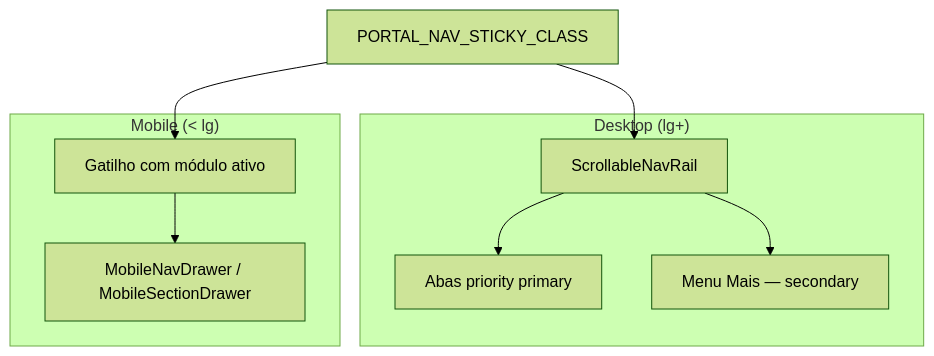
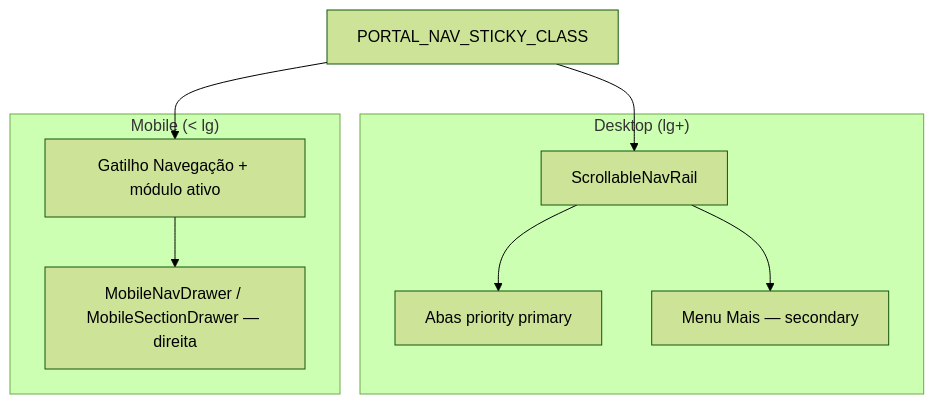
Before and after one commit to Piulres/sistema-bibi: the diagram in docs/produto/ARQUITETURA_PORTAIS.md, drawn with Mermaid (forest theme). The commit also changed other lines of this file and 8 other files, not shown here.

````diff
--- a/docs/produto/ARQUITETURA_PORTAIS.md
+++ b/docs/produto/ARQUITETURA_PORTAIS.md
@@ -63,17 +63,17 @@
 ```mermaid
 flowchart TB
   subgraph Desktop["Desktop (lg+)"]
     RAIL[ScrollableNavRail]
     PRIMARY[Abas priority primary]
     MORE[Menu Mais — secondary]
     RAIL --> PRIMARY
     RAIL --> MORE
   end
   subgraph Mobile["Mobile (< lg)"]
-    DRAWER[MobileNavDrawer / MobileSectionDrawer]
-    TRIGGER[Gatilho com módulo ativo]
+    TRIGGER[Gatilho Navegação + módulo ativo]
+    DRAWER[MobileNavDrawer / MobileSectionDrawer — direita]
     TRIGGER --> DRAWER
   end
   STICKY[PORTAL_NAV_STICKY_CLASS] --> RAIL
   STICKY --> TRIGGER
 ```
````
